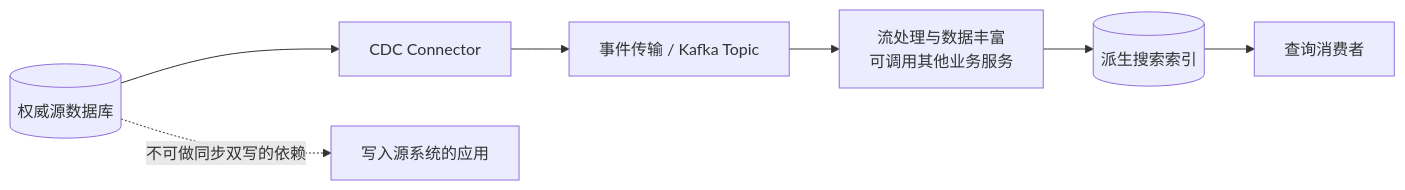
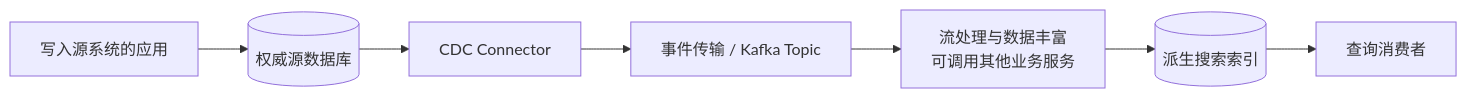
One commit to devweekly/devweekly.github.io changed diagram 16 of 18 in src/content/blog/financial-services-cqrs-postgres-snowflake.md. Above: the diagram before and after it, drawn with Mermaid. The commit also changed other lines of this file, not shown here.

Commit message:
Correct data-flow arrows in Mermaid reference diagrams

```diff
--- a/src/content/blog/financial-services-cqrs-postgres-snowflake.md
+++ b/src/content/blog/financial-services-cqrs-postgres-snowflake.md
@@ -801,9 +801,9 @@
 ~~~mermaid
 flowchart LR
-    SourceDB[("权威源数据库")] --> CDC["CDC Connector"]
+    Writer["写入源系统的应用"] --> SourceDB[("权威源数据库")]
+    SourceDB --> CDC["CDC Connector"]
     CDC --> Topic["事件传输 / Kafka Topic"]
     Topic --> Processor["流处理与数据丰富<br/>可调用其他业务服务"]
     Processor --> Search[("派生搜索索引")]
-    SourceDB -. "不可做同步双写的依赖" .-> App["写入源系统的应用"]
     Search --> Query["查询消费者"]
 ~~~
```
